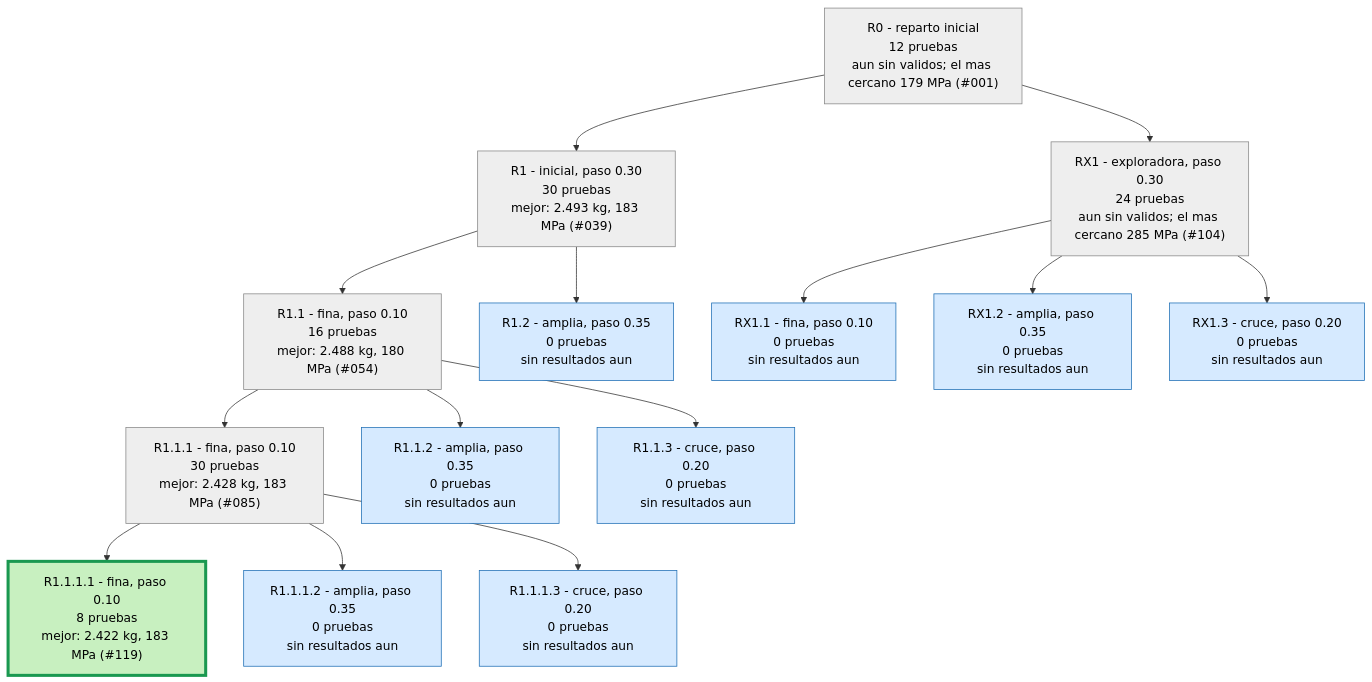
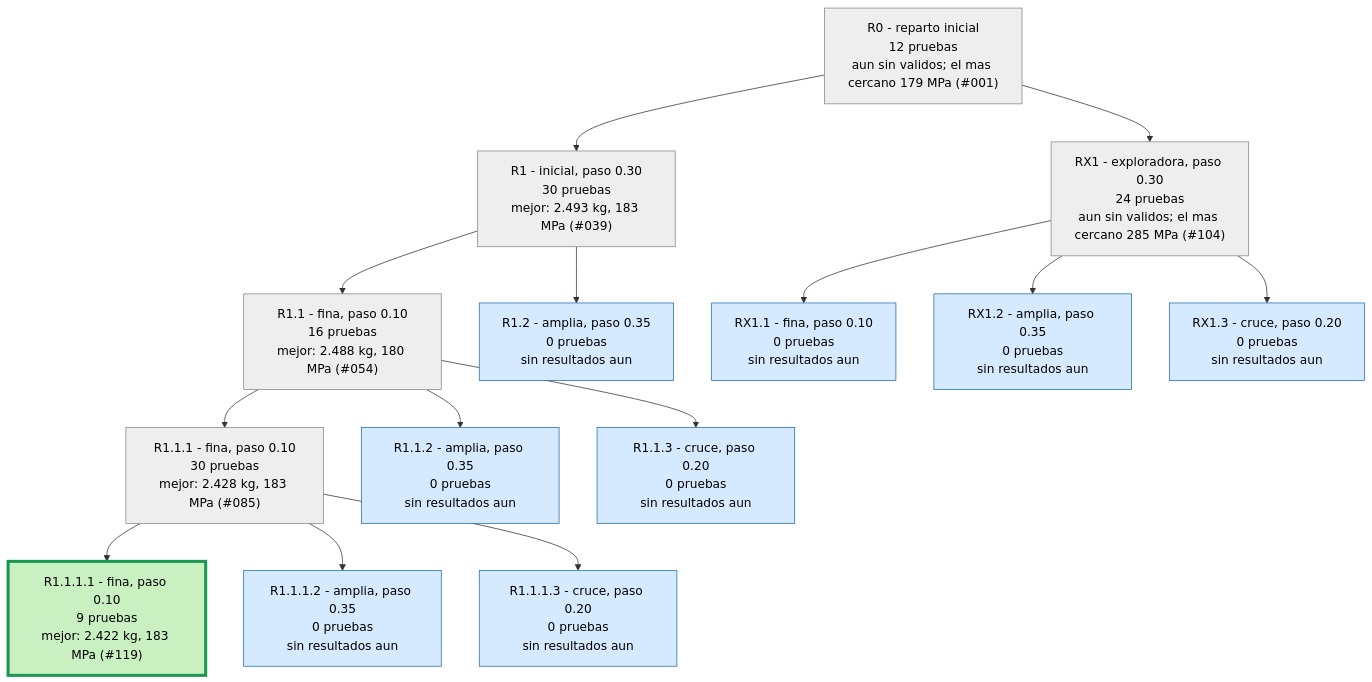
Before and after one commit to Hugiko/msd-soporte-optimizacion: the second of 3 diagrams in runs/opt_37800N/ARBOL.md, drawn with Mermaid. The commit also changed 41 other files, not shown here.

````diff
--- a/runs/opt_37800N/ARBOL.md
+++ b/runs/opt_37800N/ARBOL.md
@@ -29,33 +29,33 @@
 ```mermaid
 graph TD
 classDef activa fill:#d6eaff,stroke:#1f6fb5,color:#000
 classDef fin fill:#eeeeee,stroke:#888,color:#000
 classDef mejor fill:#c8f0c0,stroke:#1a9850,stroke-width:4px,color:#000
 R0["R0 - reparto inicial<br/>12 pruebas<br/>aun sin validos; el mas cercano 179 MPa (#001)"]:::fin
 R1["R1 - inicial, paso 0.30<br/>30 pruebas<br/>mejor: 2.493 kg, 183 MPa (#039)"]:::fin
 R0 --> R1
 R1_1["R1.1 - fina, paso 0.10<br/>16 pruebas<br/>mejor: 2.488 kg, 180 MPa (#054)"]:::fin
 R1 --> R1_1
 R1_2["R1.2 - amplia, paso 0.35<br/>0 pruebas<br/>sin resultados aun"]:::activa
 R1 --> R1_2
 R1_1_1["R1.1.1 - fina, paso 0.10<br/>30 pruebas<br/>mejor: 2.428 kg, 183 MPa (#085)"]:::fin
 R1_1 --> R1_1_1
 R1_1_2["R1.1.2 - amplia, paso 0.35<br/>0 pruebas<br/>sin resultados aun"]:::activa
 R1_1 --> R1_1_2
 R1_1_3["R1.1.3 - cruce, paso 0.20<br/>0 pruebas<br/>sin resultados aun"]:::activa
 R1_1 --> R1_1_3
-R1_1_1_1["R1.1.1.1 - fina, paso 0.10<br/>8 pruebas<br/>mejor: 2.422 kg, 183 MPa (#119)"]:::mejor
+R1_1_1_1["R1.1.1.1 - fina, paso 0.10<br/>9 pruebas<br/>mejor: 2.422 kg, 183 MPa (#119)"]:::mejor
 R1_1_1 --> R1_1_1_1
 R1_1_1_2["R1.1.1.2 - amplia, paso 0.35<br/>0 pruebas<br/>sin resultados aun"]:::activa
 R1_1_1 --> R1_1_1_2
 R1_1_1_3["R1.1.1.3 - cruce, paso 0.20<br/>0 pruebas<br/>sin resultados aun"]:::activa
 R1_1_1 --> R1_1_1_3
 RX1["RX1 - exploradora, paso 0.30<br/>24 pruebas<br/>aun sin validos; el mas cercano 285 MPa (#104)"]:::fin
 R0 --> RX1
 RX1_1["RX1.1 - fina, paso 0.10<br/>0 pruebas<br/>sin resultados aun"]:::activa
 RX1 --> RX1_1
 RX1_2["RX1.2 - amplia, paso 0.35<br/>0 pruebas<br/>sin resultados aun"]:::activa
 RX1 --> RX1_2
 RX1_3["RX1.3 - cruce, paso 0.20<br/>0 pruebas<br/>sin resultados aun"]:::activa
 RX1 --> RX1_3
 ```
````
